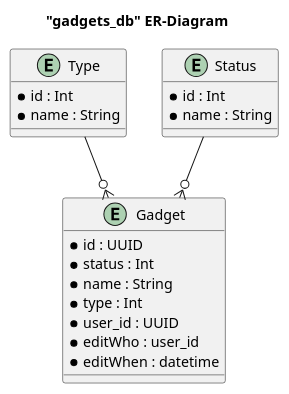
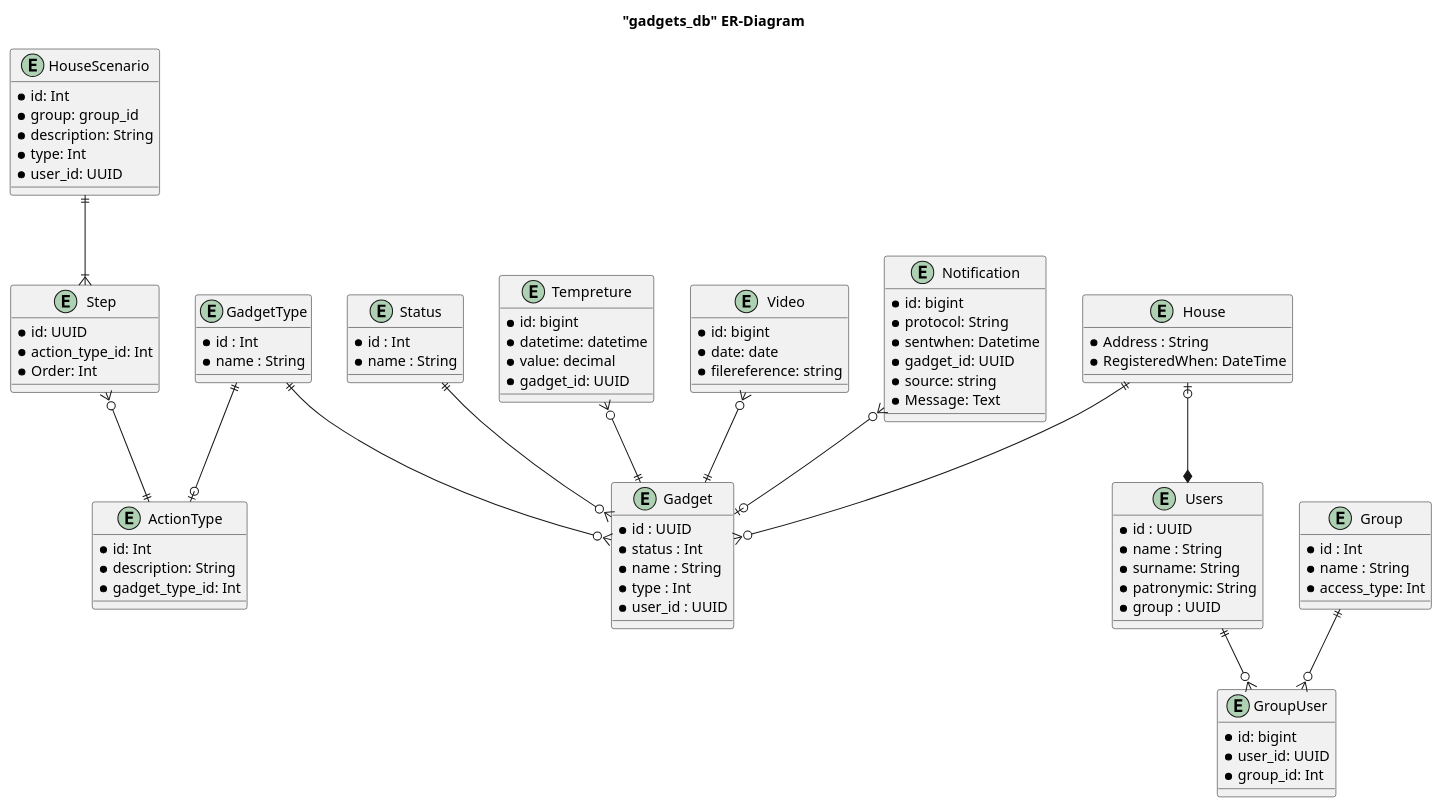
Before and after one commit to beulitca/architecture-sprint-3: the diagram in diagrams/ER/ER.puml, drawn with PlantUML.

Commit message:
Дополнена ER-диаграмма

```diff
--- a/diagrams/ER/ER.puml
+++ b/diagrams/ER/ER.puml
@@ -1,28 +1,108 @@
 @startuml
 title "gadgets_db" ER-Diagram
 
 entity "Gadget" as gadget {
   * id : UUID
   * status : Int
   * name : String 
   * type : Int
   * user_id : UUID
-  * editWho : user_id
-  * editWhen : datetime
 }
 
-entity "Type" as type {
+entity "GadgetType" as gadget_type {
   * id : Int
   * name : String
 }
 
 entity "Status" as status {
   * id : Int
   * name : String
 }
 
+entity "Group" as group {
+  * id : Int
+  * name : String 
+  * access_type: Int
+}
 
-type --o{ gadget 
-status --o{ gadget 
+entity "Users" as users {
+  * id : UUID
+  * name : String 
+  * surname: String
+  * patronymic: String
+  * group : UUID  
+}
+
+entity "GroupUser" as groupuser {
+  * id: bigint
+  * user_id: UUID
+  * group_id: Int
+}
+
+entity "House" as house {
+  * Address : String 
+  * RegisteredWhen: DateTime
+}
+
+
+entity "Tempreture" as tempreture{
+  * id: bigint
+  * datetime: datetime
+  * value: decimal
+  * gadget_id: UUID
+}
+
+entity "Video" as video{
+  * id: bigint
+  * date: date
+  * filereference: string
+}
+
+entity "Notification" as notification{
+  * id: bigint
+  * protocol: String
+  * sentwhen: Datetime
+  * gadget_id: UUID
+  * source: string
+  * Message: Text
+}
+
+
+entity "HouseScenario" as house_scenario{
+  * id: Int
+  * group: group_id
+  * description: String
+  * type: Int
+  * user_id: UUID
+}
+
+
+entity "Step" as step {
+  * id: UUID
+  * action_type_id: Int
+  * Order: Int
+}
+
+entity "ActionType" as action_type {
+  * id: Int
+  * description: String
+  * gadget_type_id: Int
+}
+
+
+gadget_type ||--o{ gadget 
+status ||--o{ gadget 
+house |o--* users
+users ||--o{ groupuser
+group ||--o{ groupuser
+house ||--o{ gadget 
+tempreture }o--|| gadget
+video }o--|| gadget
+house_scenario ||--|{ step
+step }o--|| action_type
+gadget_type ||--o| action_type
+notification }o--o| gadget
+
+
 
 @enduml
```
